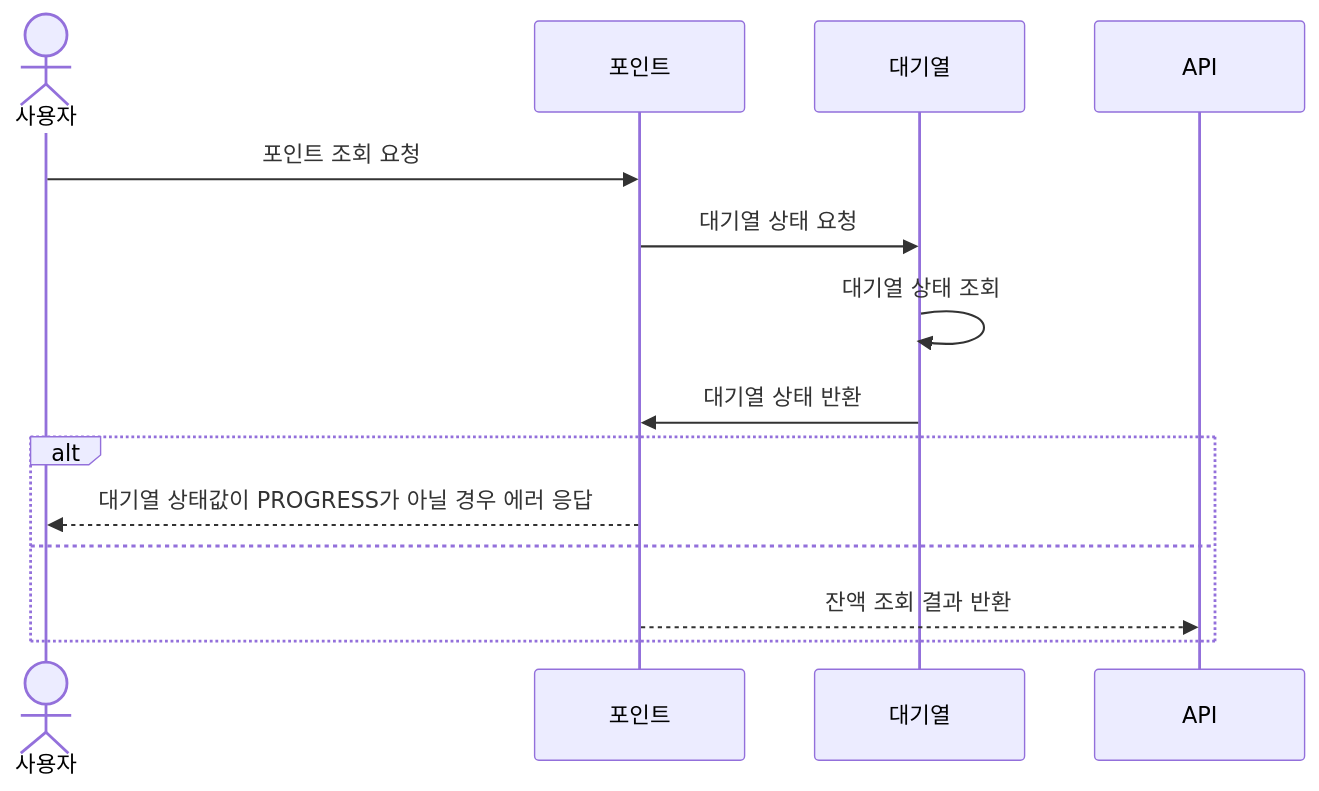
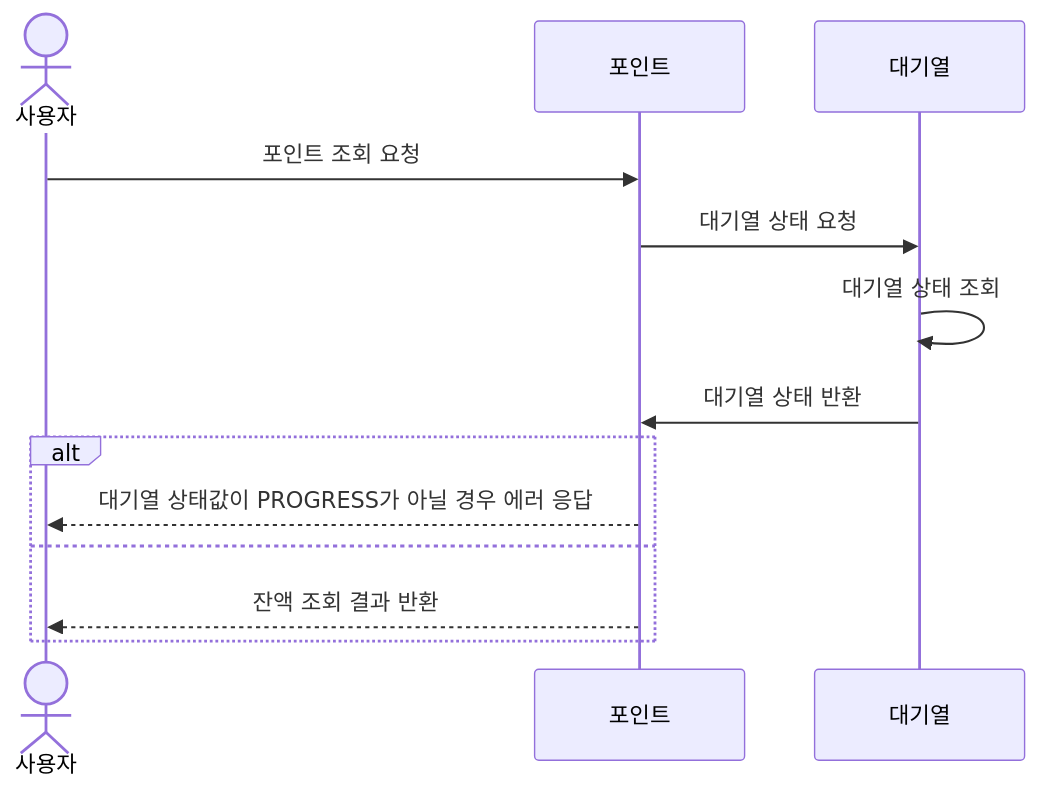
Before and after one commit to Lexyyaa/hhplus-reservation: the sixth of 7 diagrams in reservation/doc/sequenceDiagram.md, drawn with Mermaid.

````diff
--- a/reservation/doc/sequenceDiagram.md
+++ b/reservation/doc/sequenceDiagram.md
@@ -107,15 +107,15 @@
 ```mermaid
 sequenceDiagram
     actor 사용자 as 사용자
     participant 포인트 as 포인트
     participant 대기열 as 대기열
     사용자 ->> 포인트: 포인트 조회 요청
     포인트 ->> 대기열: 대기열 상태 요청
     대기열 ->> 대기열: 대기열 상태 조회
     대기열 ->> 포인트: 대기열 상태 반환
     alt
        포인트 -->> 사용자: 대기열 상태값이 PROGRESS가 아닐 경우 에러 응답
     else
-       포인트 -->> API: 잔액 조회 결과 반환
+       포인트 -->> 사용자: 잔액 조회 결과 반환
     end
 ```
````
